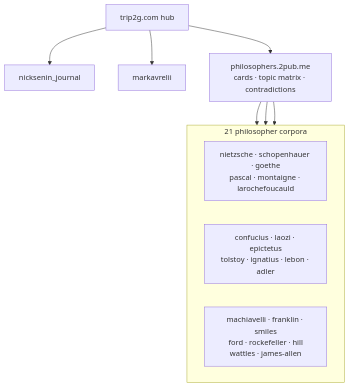
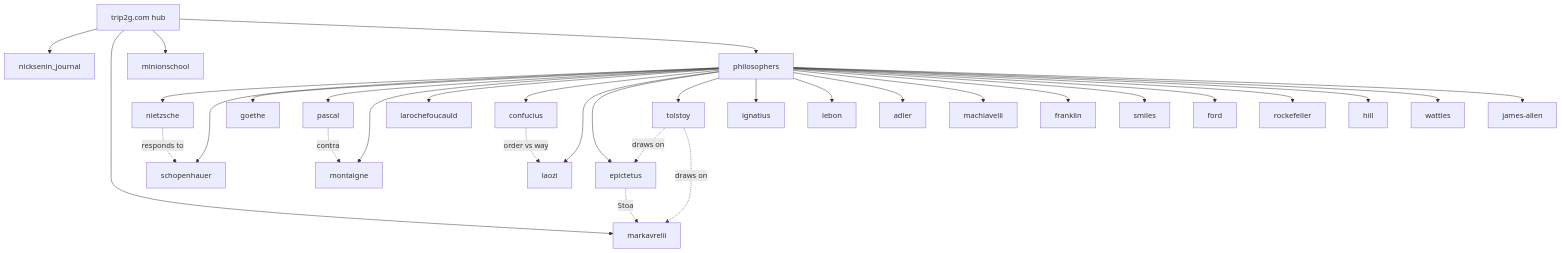
One commit to trip2g/trip2g changed the diagram in docs/en/hub/_index.md. Above: the diagram before and after it, drawn with Mermaid. The commit also changed other lines of this file and 24 other files, not shown here.

Commit message:
docs(hub): route philosophers via one peer, ungrouped topology + influence links

````diff
--- a/docs/en/hub/_index.md
+++ b/docs/en/hub/_index.md
@@ -18,18 +23,37 @@
 ```mermaid
 graph TD
   HUB["trip2g.com hub"]
   HUB --> J["nicksenin_journal"]
   HUB --> MA["markavrelii"]
-  HUB --> PH["philosophers.2pub.me<br/>cards · topic matrix · contradictions"]
+  HUB --> MS["minionschool"]
+  HUB --> PH["philosophers"]
 
-  subgraph CORPORA["21 philosopher corpora"]
-    direction LR
-    C1["nietzsche · schopenhauer · goethe<br/>pascal · montaigne · larochefoucauld"]
-    C2["confucius · laozi · epictetus<br/>tolstoy · ignatius · lebon · adler"]
-    C3["machiavelli · franklin · smiles<br/>ford · rockefeller · hill<br/>wattles · james-allen"]
-  end
+  PH --> nietzsche
+  PH --> schopenhauer
+  PH --> goethe
+  PH --> pascal
+  PH --> montaigne
+  PH --> larochefoucauld
+  PH --> confucius
+  PH --> laozi
+  PH --> epictetus
+  PH --> tolstoy
+  PH --> ignatius
+  PH --> lebon
+  PH --> adler
+  PH --> machiavelli
+  PH --> franklin
+  PH --> smiles
+  PH --> ford
+  PH --> rockefeller
+  PH --> hill
+  PH --> wattles
+  PH --> jamesallen["james-allen"]
 
-  PH --> C1
-  PH --> C2
-  PH --> C3
+  nietzsche -.->|responds to| schopenhauer
+  pascal -.->|contra| montaigne
+  epictetus -.->|Stoa| MA
+  confucius -.->|order vs way| laozi
+  tolstoy -.->|draws on| epictetus
+  tolstoy -.->|draws on| MA
 ```
````
